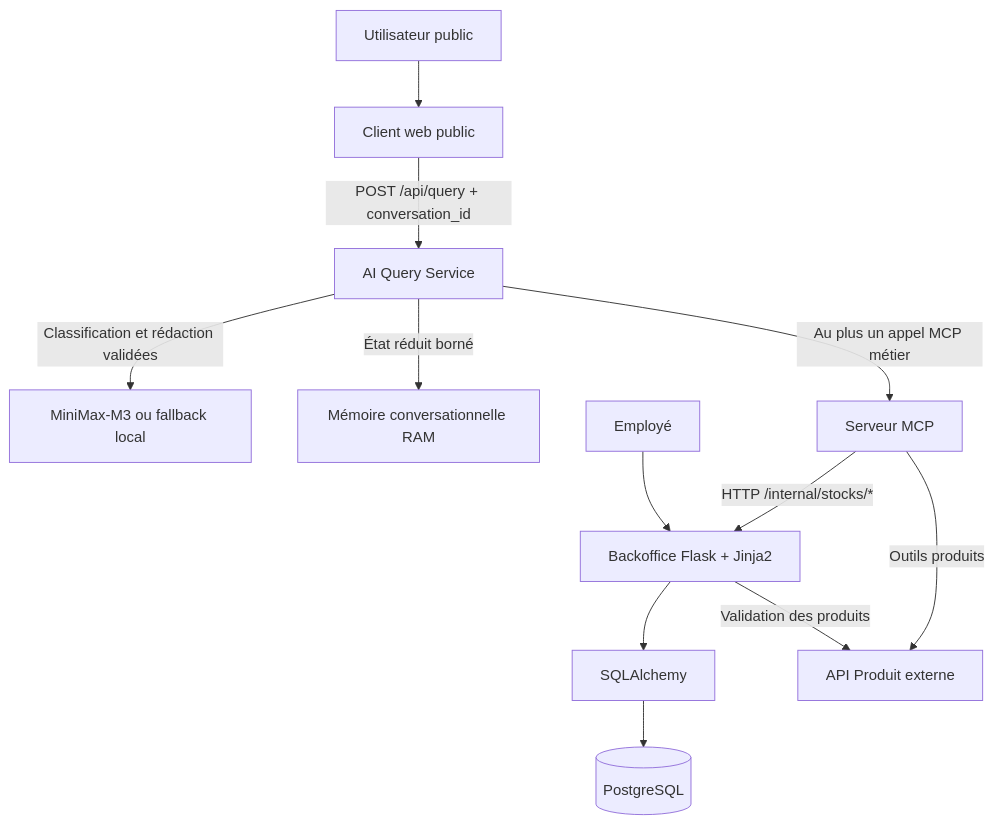
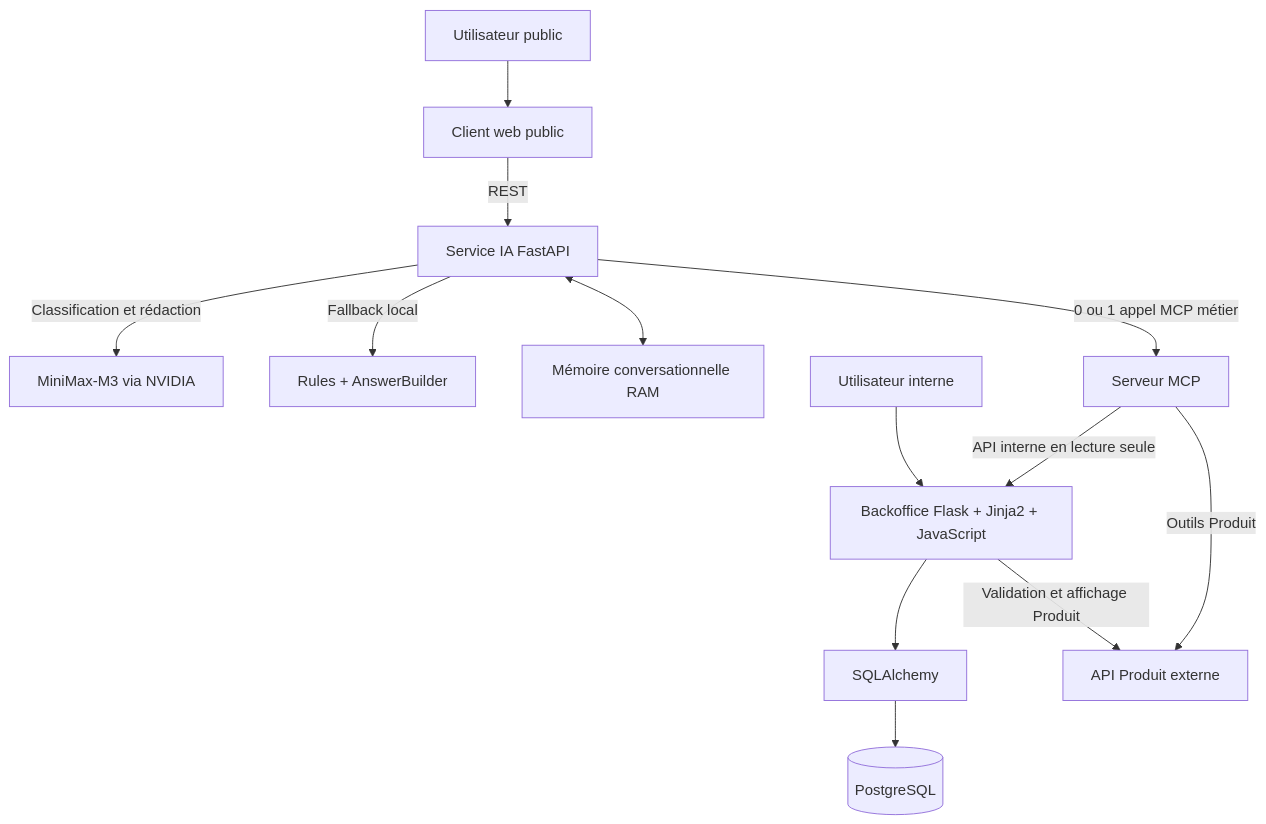
Before and after one commit to John-Natty/holbertonschool-hbntory: the diagram in docs/architecture.md, drawn with Mermaid. The commit also changed other lines of this file and 27 other files, not shown here.

First line of the commit message:
feat: Implement NVIDIAClient for MiniMax-M3 integration

````diff
--- a/docs/architecture.md
+++ b/docs/architecture.md
@@ -348,31 +444,33 @@
 ```mermaid
 flowchart TB
     PublicUser[Utilisateur public]
     Client[Client web public]
-    AIService[AI Query Service]
-    Model[MiniMax-M3 ou fallback local]
+    AIService[Service IA FastAPI]
+    Provider[MiniMax-M3 via NVIDIA]
+    Rules[Rules + AnswerBuilder]
     Memory[Mémoire conversationnelle RAM]
     MCP[Serveur MCP]
 
-    Employee[Employé]
-    Backoffice[Backoffice Flask + Jinja2]
+    Employee[Utilisateur interne]
+    Backoffice[Backoffice Flask + Jinja2 + JavaScript]
     ORM[SQLAlchemy]
     Database[(PostgreSQL)]
 
     ProductAPI[API Produit externe]
 
     PublicUser --> Client
-    Client -->|POST /api/query + conversation_id| AIService
-    AIService -->|État réduit borné| Memory
-    AIService -->|Classification et rédaction validées| Model
-    AIService -->|Au plus un appel MCP métier| MCP
+    Client -->|REST| AIService
 
-    MCP -->|Outils produits| ProductAPI
-    MCP -->|HTTP /internal/stocks/*| Backoffice
+    AIService <--> Memory
+    AIService -->|Classification et rédaction| Provider
+    AIService -->|Fallback local| Rules
+    AIService -->|0 ou 1 appel MCP métier| MCP
+
+    MCP -->|Outils Produit| ProductAPI
+    MCP -->|API interne en lecture seule| Backoffice
 
     Employee --> Backoffice
     Backoffice --> ORM
     ORM --> Database
-
-    Backoffice -->|Validation des produits| ProductAPI
+    Backoffice -->|Validation et affichage Produit| ProductAPI
 ```
````
